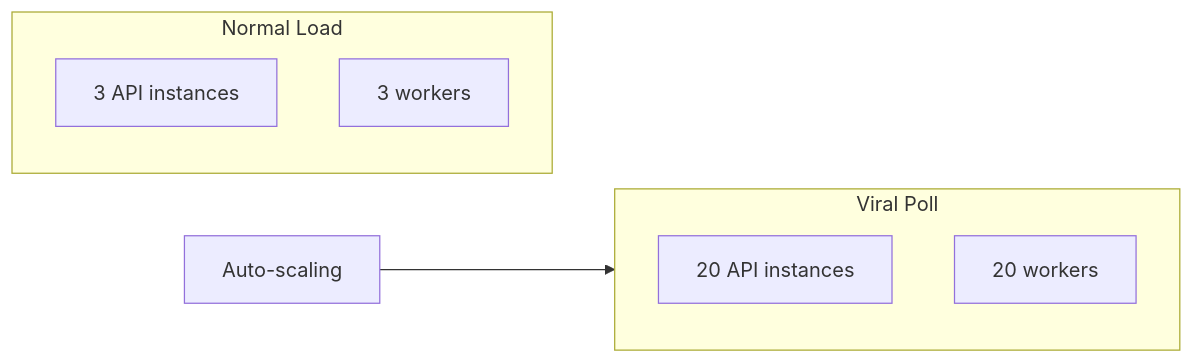
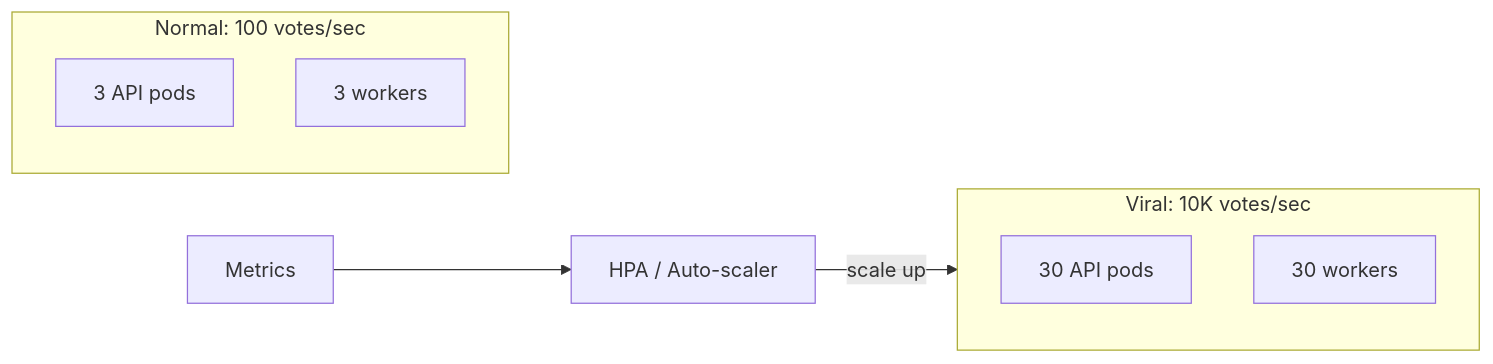
Before and after one commit to spawn08/system-design-interview: the fourth of 4 diagrams in software_system_design/voting-system-design.md, drawn with Mermaid. The commit also changed other lines of this file and 2 other files, not shown here.

````diff
--- a/software_system_design/voting-system-design.md
+++ b/software_system_design/voting-system-design.md
@@ -421,14 +785,15 @@
 ```mermaid
 flowchart LR
-    subgraph Normal [Normal Load]
-        N1[3 API instances]
+    subgraph Normal [Normal: 100 votes/sec]
+        N1[3 API pods]
         N2[3 workers]
     end
     
-    subgraph Viral [Viral Poll]
-        V1[20 API instances]
-        V2[20 workers]
+    subgraph Viral [Viral: 10K votes/sec]
+        V1[30 API pods]
+        V2[30 workers]
     end
     
-    Auto[Auto-scaling] --> Viral
+    Monitor[Metrics] --> HPA[HPA / Auto-scaler]
+    HPA --> |scale up| Viral
 ```
````
